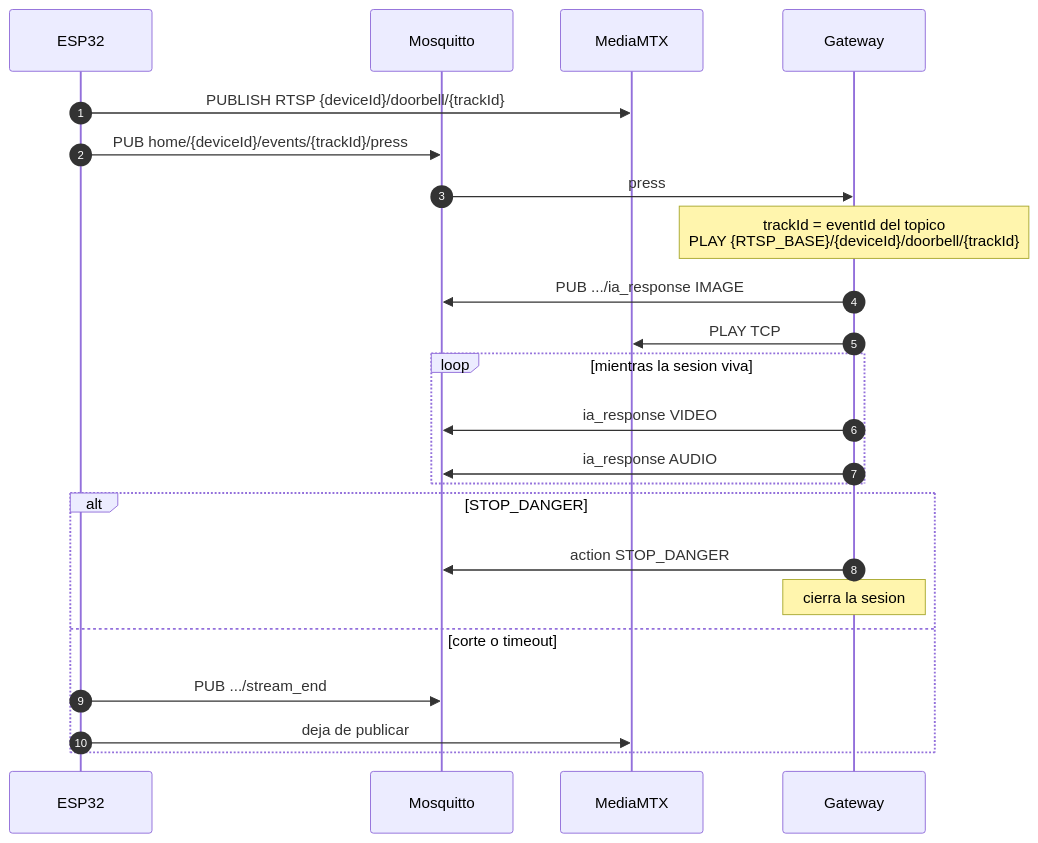
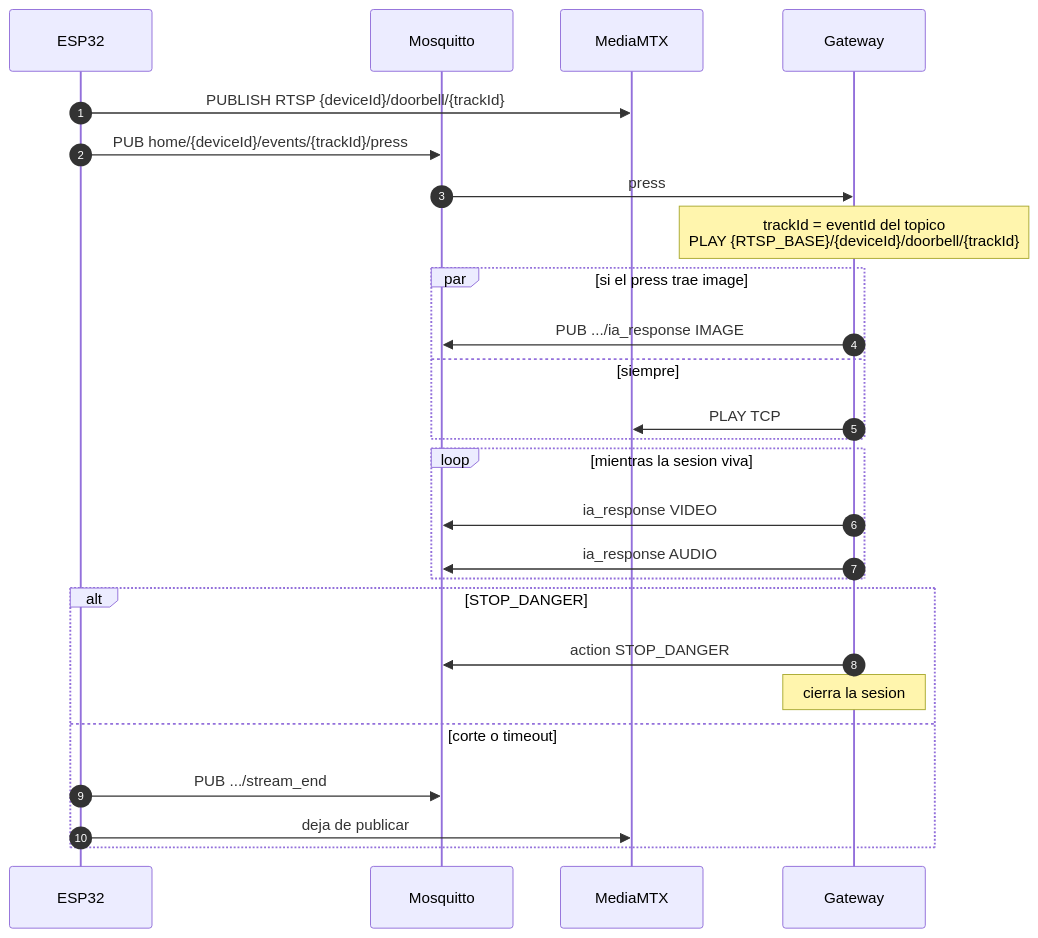
One commit to in-us-we-trust/gateway-microcontroller changed the diagram in docs/contrato-esp32.md. Above: the diagram before and after it, drawn with Mermaid. The commit also changed other lines of this file and 19 other files, not shown here.

````diff
--- a/docs/contrato-esp32.md
+++ b/docs/contrato-esp32.md
@@ -47,26 +47,29 @@
 ```mermaid
 sequenceDiagram
   autonumber
   participant ESP as ESP32
   participant MQTT as Mosquitto
   participant MTX as MediaMTX
   participant GW as Gateway
 
   ESP->>MTX: PUBLISH RTSP {deviceId}/doorbell/{trackId}
   ESP->>MQTT: PUB home/{deviceId}/events/{trackId}/press
   MQTT->>GW: press
   Note over GW: trackId = eventId del topico<br/>PLAY {RTSP_BASE}/{deviceId}/doorbell/{trackId}
-  GW->>MQTT: PUB .../ia_response IMAGE
-  GW->>MTX: PLAY TCP
+  par si el press trae image
+    GW->>MQTT: PUB .../ia_response IMAGE
+  and siempre
+    GW->>MTX: PLAY TCP
+  end
   loop mientras la sesion viva
     GW->>MQTT: ia_response VIDEO
     GW->>MQTT: ia_response AUDIO
   end
   alt STOP_DANGER
     GW->>MQTT: action STOP_DANGER
     Note over GW: cierra la sesion
   else corte o timeout
     ESP->>MQTT: PUB .../stream_end
     ESP->>MTX: deja de publicar
   end
 ```
````
